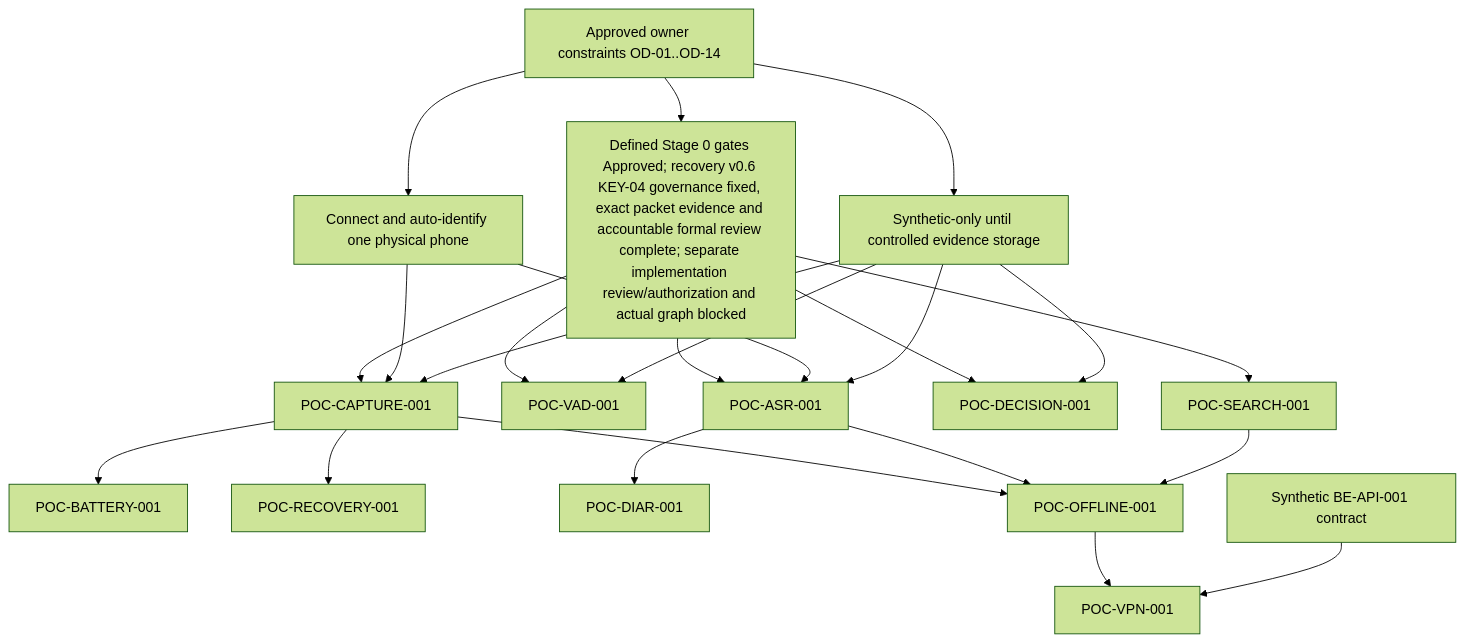
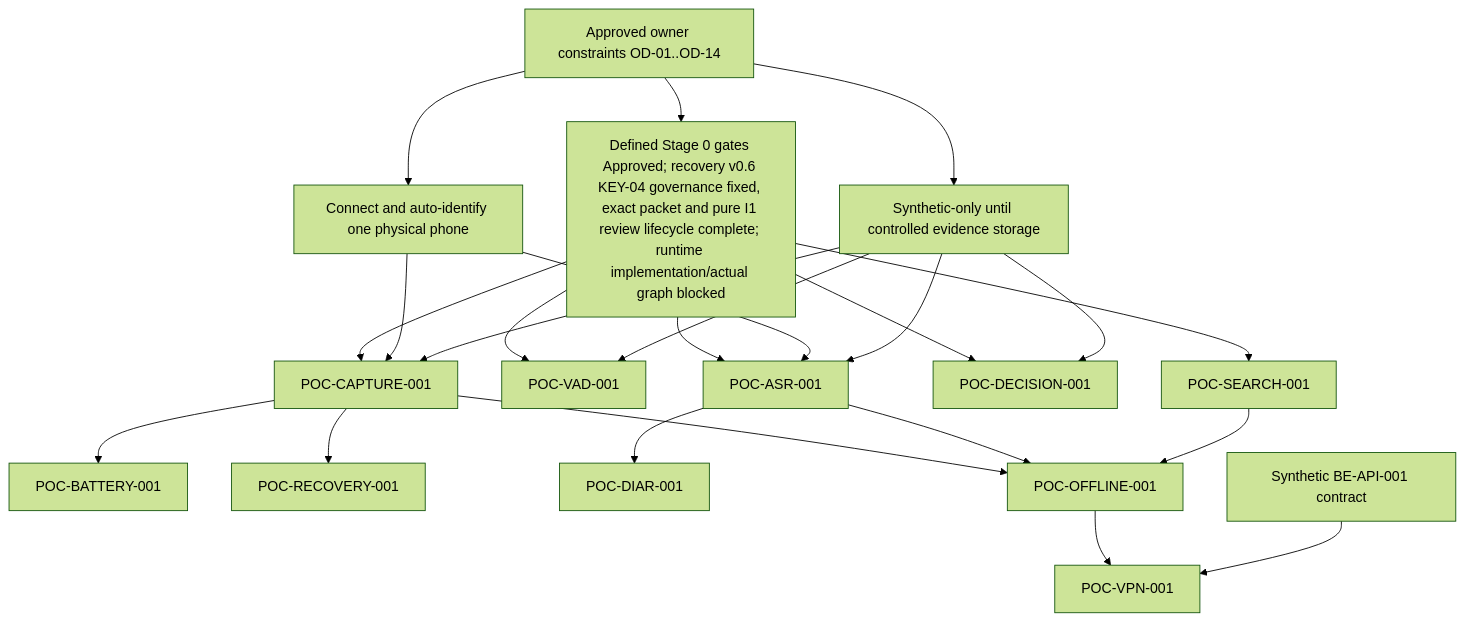
The diagram in docs/stage0/DORA_MVP1_POC_EXECUTION_ORDER.md (Monumentogram/DORA), drawn with Mermaid (forest theme) before and after one commit. The commit also changed other lines of this file and 8 other files, not shown here.

First line of the commit message:
docs(recovery): reconcile post-merge lifecycle status (#17)

````diff
--- a/docs/stage0/DORA_MVP1_POC_EXECUTION_ORDER.md
+++ b/docs/stage0/DORA_MVP1_POC_EXECUTION_ORDER.md
@@ -34,25 +44,25 @@
 ```mermaid
 flowchart TD
-    O["Approved owner constraints OD-01..OD-14"] --> G["Defined Stage 0 gates Approved; recovery v0.6 KEY-04 governance fixed, exact packet evidence and accountable formal review complete; separate implementation review/authorization and actual graph blocked"]
+    O["Approved owner constraints OD-01..OD-14"] --> G["Defined Stage 0 gates Approved; recovery v0.6 KEY-04 governance fixed, exact packet and pure I1 review lifecycle complete; runtime implementation/actual graph blocked"]
     O --> D["Connect and auto-identify one physical phone"]
     O --> C["Synthetic-only until controlled evidence storage"]
     G --> CAP["POC-CAPTURE-001"]
     D --> CAP
     C --> CAP
     CAP --> BAT["POC-BATTERY-001"]
     CAP --> REC["POC-RECOVERY-001"]
     G --> VAD["POC-VAD-001"]
     C --> VAD
     G --> ASR["POC-ASR-001"]
     D --> ASR
     C --> ASR
     ASR --> DIAR["POC-DIAR-001"]
     G --> DEC["POC-DECISION-001"]
     C --> DEC
     G --> SEARCH["POC-SEARCH-001"]
     CAP --> OFF["POC-OFFLINE-001"]
     ASR --> OFF
     SEARCH --> OFF
     OFF --> VPN["POC-VPN-001"]
     API["Synthetic BE-API-001 contract"] --> VPN
 ```
````
